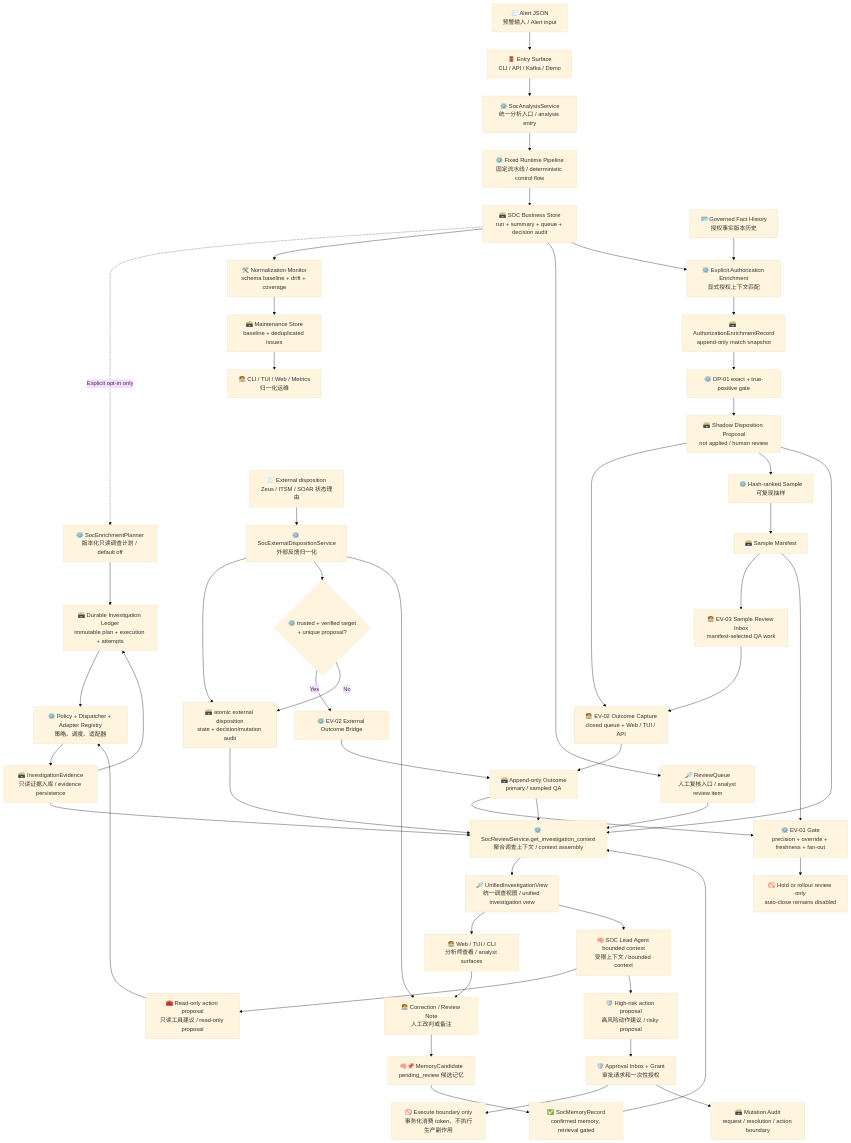
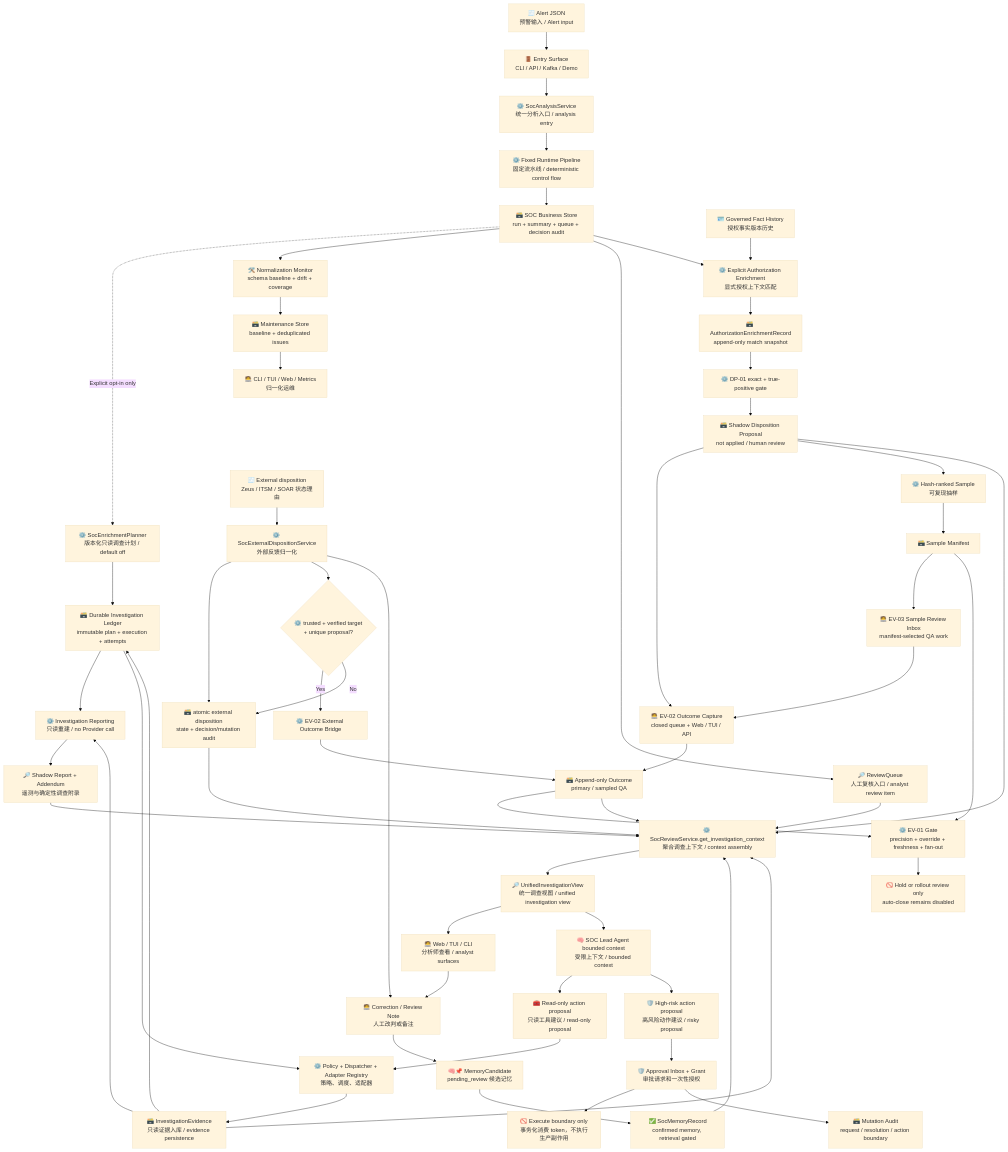
One commit to yydspanda/deer-flow changed the first of 22 diagrams in .notes/ai_soc/alert-lifecycle-flow.md. Above: the diagram before and after it, drawn with Mermaid (base theme). The commit also changed other lines of this file and 36 other files, not shown here.

Commit message:
feat(soc): add investigation shadow reporting

````diff
--- a/.notes/ai_soc/alert-lifecycle-flow.md
+++ b/.notes/ai_soc/alert-lifecycle-flow.md
@@ -31,61 +31,65 @@
 ```mermaid
 flowchart TD
     A["🧾 Alert JSON<br/>预警输入 / Alert input"] --> B["🚪 Entry Surface<br/>CLI / API / Kafka / Demo"]
     B --> C["⚙️ SocAnalysisService<br/>统一分析入口 / analysis entry"]
     C --> D["⚙️ Fixed Runtime Pipeline<br/>固定流水线 / deterministic control flow"]
     D --> E["🗃️ SOC Business Store<br/>run + summary + queue + decision audit"]
     E -.->|"Explicit opt-in only"| E0["⚙️ SocEnrichmentPlanner<br/>版本化只读调查计划 / default off"]
     E0 --> E1["🗃️ Durable Investigation Ledger<br/>immutable plan + execution + attempts"]
+    E1 --> E2["⚙️ Investigation Reporting<br/>只读重建 / no Provider call"]
+    E2 --> E3["🔎 Shadow Report + Addendum<br/>遥测与确定性调查附录"]
     E --> W["🛠️ Normalization Monitor<br/>schema baseline + drift + coverage"]
     W --> X["🗃️ Maintenance Store<br/>baseline + deduplicated issues"]
     X --> Y["🧑‍💻 CLI / TUI / Web / Metrics<br/>归一化运维"]
 
     E --> F["🔎 ReviewQueue<br/>人工复核入口 / analyst review item"]
     E --> Z1["⚙️ Explicit Authorization Enrichment<br/>显式授权上下文匹配"]
     Z0["🪪 Governed Fact History<br/>授权事实版本历史"] --> Z1
     Z1 --> Z2["🗃️ AuthorizationEnrichmentRecord<br/>append-only match snapshot"]
     Z2 --> Z3["⚙️ DP-01 exact + true-positive gate"]
     Z3 --> Z4["🗃️ Shadow Disposition Proposal<br/>not applied / human review"]
     Z4 --> Z5["🧑‍💻 EV-02 Outcome Capture<br/>closed queue + Web / TUI / API"]
     Z5 --> Z6["🗃️ Append-only Outcome<br/>primary / sampled QA"]
     Z4 --> Z7["⚙️ Hash-ranked Sample<br/>可复现抽样"]
     Z7 --> Z8["🗃️ Sample Manifest"]
     Z8 --> Z13["🧑‍💻 EV-03 Sample Review Inbox<br/>manifest-selected QA work"]
     Z13 --> Z5
     Z6 --> Z9["⚙️ EV-01 Gate<br/>precision + override + freshness + fan-out"]
     Z8 --> Z9
     Z9 --> Z10["🚫 Hold or rollout review only<br/>auto-close remains disabled"]
     Z4 --> G
     Z6 --> G
     F --> G["⚙️ SocReviewService.get_investigation_context<br/>聚合调查上下文 / context assembly"]
 
     G --> H["🔎 UnifiedInvestigationView<br/>统一调查视图 / unified investigation view"]
     H --> I["🧑‍💻 Web / TUI / CLI<br/>分析师查看 / analyst surfaces"]
     H --> J["🧠 SOC Lead Agent bounded context<br/>受限上下文 / bounded context"]
 
     J --> K["🧰 Read-only action proposal<br/>只读工具建议 / read-only proposal"]
     K --> L["⚙️ Policy + Dispatcher + Adapter Registry<br/>策略、调度、适配器"]
     E1 --> L
     L --> M["🗃️ InvestigationEvidence<br/>只读证据入库 / evidence persistence"]
     M --> E1
+    M --> E2
     M --> G
+    E3 --> G
 
     J --> N["🛡️ High-risk action proposal<br/>高风险动作建议 / risky proposal"]
     N --> O["🛡️ Approval Inbox + Grant<br/>审批请求和一次性授权"]
     O --> P["🚫 Execute boundary only<br/>事务化消费 token，不执行生产副作用"]
     O --> P1["🗃️ Mutation Audit<br/>request / resolution / action boundary"]
 
     I --> Q["🧑‍💻 Correction / Review Note<br/>人工改判或备注"]
     Q --> R["🧠📌 MemoryCandidate<br/>pending_review 候选记忆"]
     R --> S["✅ SocMemoryRecord<br/>confirmed memory, retrieval gated"]
     S --> G
 
     T["🧾 External disposition<br/>Zeus / ITSM / SOAR 状态理由"] --> U["⚙️ SocExternalDispositionService<br/>外部反馈归一化"]
     U --> V["🗃️ atomic external disposition<br/>state + decision/mutation audit"]
     U --> Z11{"⚙️ trusted + verified target<br/>+ unique proposal?"}
     Z11 -->|Yes| Z12["⚙️ EV-02 External Outcome Bridge"]
     Z12 --> Z6
     Z11 -->|No| V
     U --> Q
     V --> G
 ```
````
